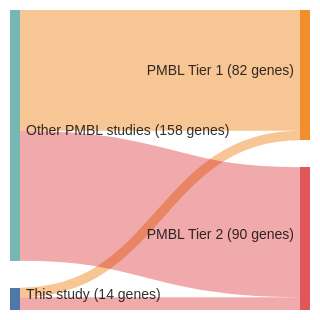
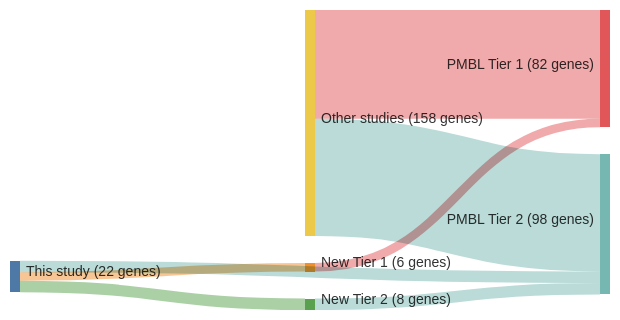
One commit to morinlab/lymphopedia changed the diagram in papers/dunsCharacterizationDLBCLPMBL2021b.md. Above: the diagram before and after it, drawn with Mermaid. The commit also changed other lines of this file and 82 other files, not shown here.

````diff
--- a/papers/dunsCharacterizationDLBCLPMBL2021b.md
+++ b/papers/dunsCharacterizationDLBCLPMBL2021b.md
@@ -13,18 +13,21 @@
 ```mermaid
 ---
 config:
     sankey:
         showValues: true
         linkColor: target
-        width: 300
+        width: 600
         height: 300
         nodeAlignment: right
         prefix: '('
         suffix: ' genes)'
 ---
 sankey-beta
-This study, PMBL Tier 1, 6
+This study, New Tier 1, 6
+New Tier 1, PMBL Tier 1, 6
 This study, PMBL Tier 2, 8
-Other PMBL studies, PMBL Tier 1, 76
-Other PMBL studies, PMBL Tier 2, 82
+This study, New Tier 2, 8
+New Tier 2, PMBL Tier 2, 8
+Other studies, PMBL Tier 1, 76
+Other studies, PMBL Tier 2, 82
 ```
````
